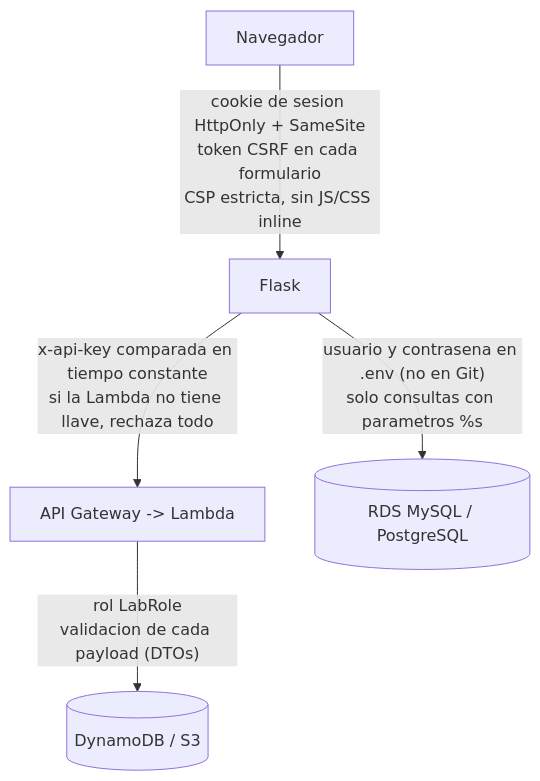
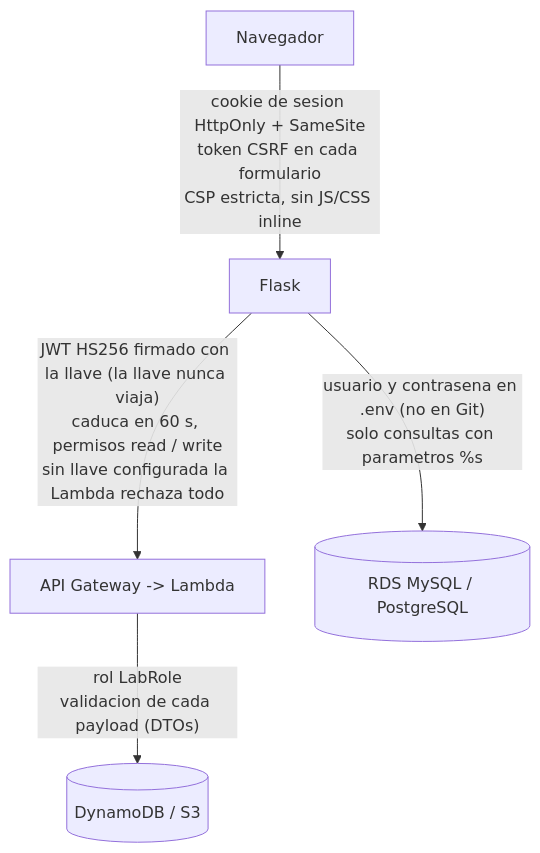
Before and after one commit to aliiyjm/Marketplace: the second of 4 diagrams in docs/ARQUITECTURA_AWS.md, drawn with Mermaid. The commit also changed other lines of this file and 21 other files, not shown here.

````diff
--- a/docs/ARQUITECTURA_AWS.md
+++ b/docs/ARQUITECTURA_AWS.md
@@ -57,7 +57,7 @@
 ```mermaid
 flowchart TB
     b["Navegador"] -->|"cookie de sesion HttpOnly + SameSite<br/>token CSRF en cada formulario<br/>CSP estricta, sin JS/CSS inline"| f["Flask"]
-    f -->|"x-api-key comparada en tiempo constante<br/>si la Lambda no tiene llave, rechaza todo"| a["API Gateway -> Lambda"]
+    f -->|"JWT HS256 firmado con la llave (la llave nunca viaja)<br/>caduca en 60 s, permisos read / write<br/>sin llave configurada la Lambda rechaza todo"| a["API Gateway -> Lambda"]
     a -->|"rol LabRole<br/>validacion de cada payload (DTOs)"| d[("DynamoDB / S3")]
     f -->|"usuario y contrasena en .env (no en Git)<br/>solo consultas con parametros %s"| r[("RDS MySQL / PostgreSQL")]
 ```
````
